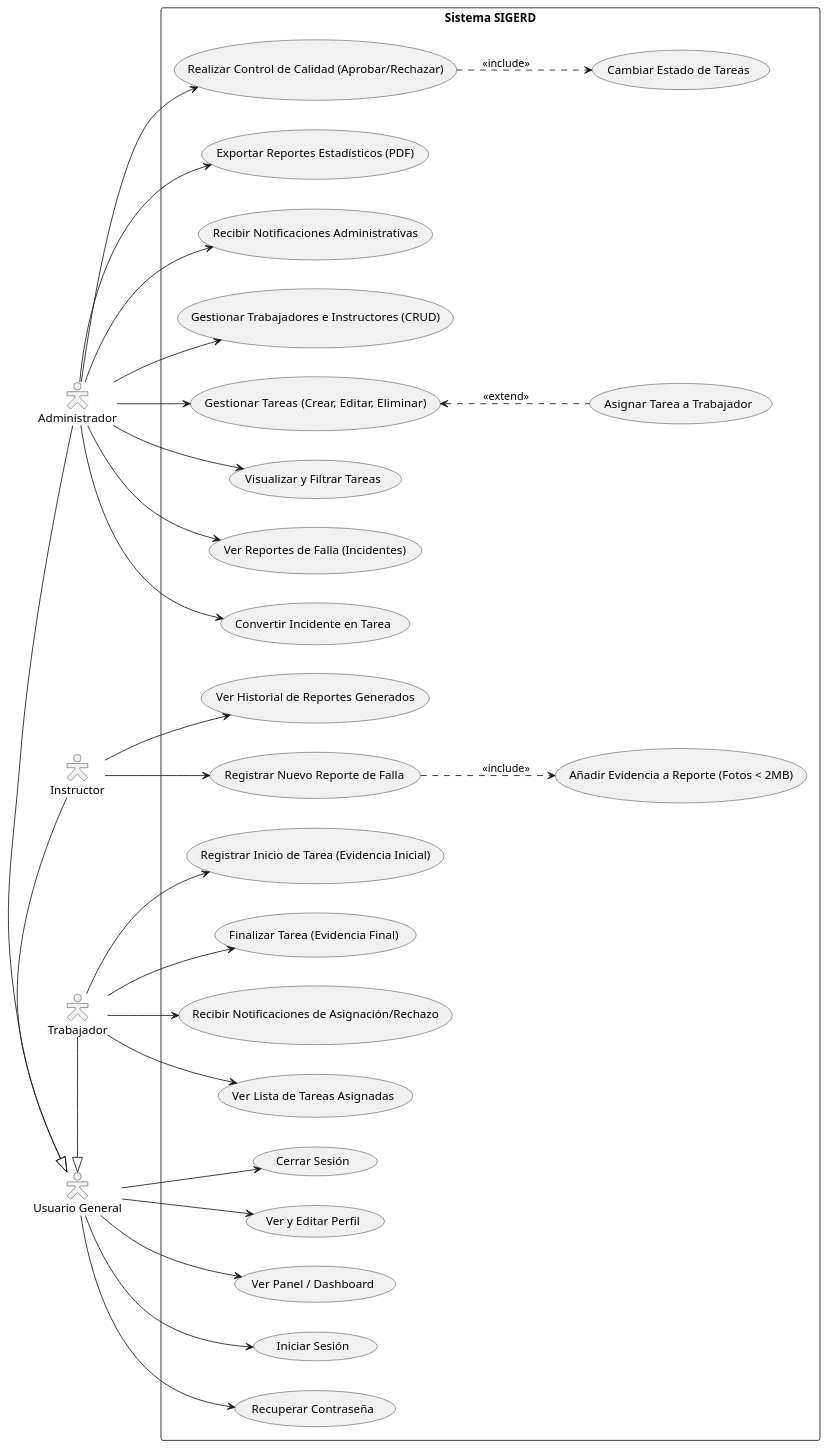
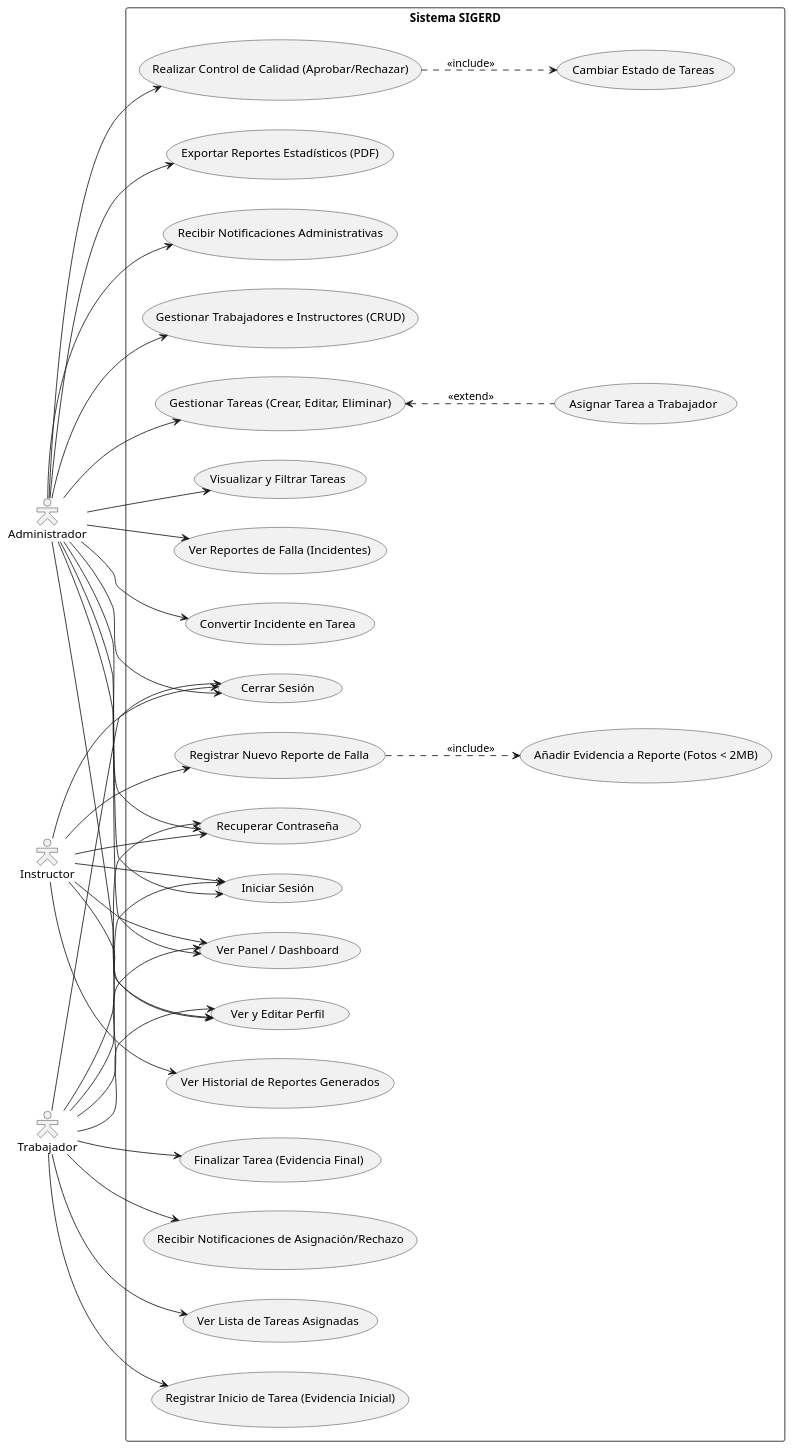
Before and after one commit to MasterErrorCLONE04/SIGERD.1.0: the diagram in document/diagrama_casos_uso.md, drawn with PlantUML. The commit also changed other lines of this file and 18 other files, not shown here.

```diff
--- a/document/diagrama_casos_uso.md
+++ b/document/diagrama_casos_uso.md
@@ -14,17 +14,11 @@
 actor Administrador as Admin
 actor Instructor as Inst
 actor Trabajador as Trab
-actor "Usuario General" as User
-
-' Herencia de Actores (Todos son Usuarios y heredan acceso genérico)
-Admin -|> User
-Inst -|> User
-Trab -|> User
 
 ' Subsistema SIGERD
 rectangle "Sistema SIGERD" {
 
-    ' Módulo de Autenticación y Perfil (Heredado por todos)
+    ' Módulo de Autenticación y Perfil (Común a todos)
     usecase "Iniciar Sesión" as UC_Login
     usecase "Recuperar Contraseña" as UC_Recover
     usecase "Cerrar Sesión" as UC_Logout
@@ -65,12 +59,24 @@
 
 ' --------- Conexiones de Actores a Casos de Uso ---------
 
-' Conexiones de Usuario General (Aplica a los 3)
-User --> UC_Login
-User --> UC_Recover
-User --> UC_Logout
-User --> UC_Profile
-User --> UC_Dashboard
+' Conexiones Comunes (Administrador, Instructor, Trabajador)
+Admin --> UC_Login
+Admin --> UC_Recover
+Admin --> UC_Logout
+Admin --> UC_Profile
+Admin --> UC_Dashboard
+
+Inst --> UC_Login
+Inst --> UC_Recover
+Inst --> UC_Logout
+Inst --> UC_Profile
+Inst --> UC_Dashboard
+
+Trab --> UC_Login
+Trab --> UC_Recover
+Trab --> UC_Logout
+Trab --> UC_Profile
+Trab --> UC_Dashboard
 
 ' Conexiones del Administrador
 Admin --> UC_ManageUsers
```
